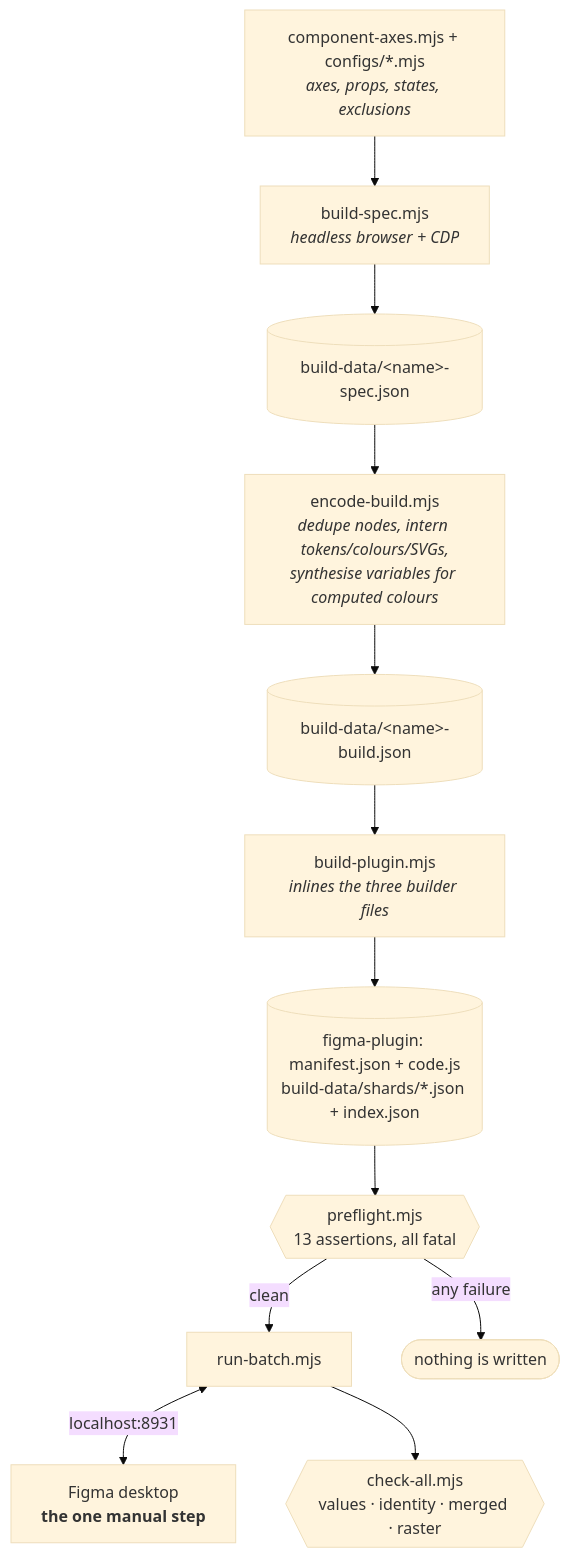
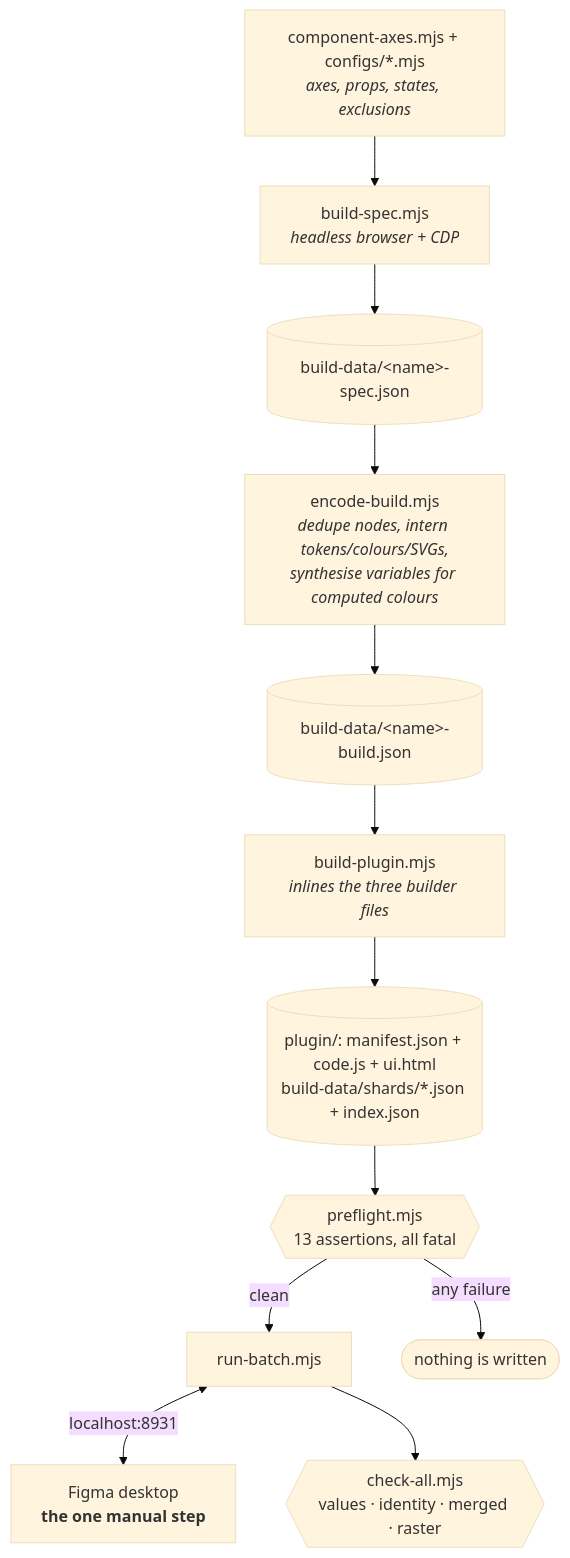
Before and after one commit to dialpad/dialtone: the second of 3 diagrams in packages/figma-components-sync/sync-scripts/README.md, drawn with Mermaid (base theme). The commit also changed other lines of this file and 15 other files, not shown here.

First line of the commit message:
feat(figma-components-sync): DLT-3579 give the plugin a UI panel, extend Button's axes

````diff
--- a/packages/figma-components-sync/sync-scripts/README.md
+++ b/packages/figma-components-sync/sync-scripts/README.md
@@ -91,20 +91,20 @@
 ```mermaid
 flowchart TD
     CFG["component-axes.mjs + configs/*.mjs<br/><i>axes, props, states, exclusions</i>"]
     SPEC["build-spec.mjs<br/><i>headless browser + CDP</i>"]
     SPECJSON[("build-data/&lt;name&gt;-spec.json")]
     ENC["encode-build.mjs<br/><i>dedupe nodes, intern tokens/colours/SVGs,<br/>synthesise variables for computed colours</i>"]
     ENCJSON[("build-data/&lt;name&gt;-build.json")]
     PLUG["build-plugin.mjs<br/><i>inlines the three builder files</i>"]
-    OUT[("figma-plugin: manifest.json + code.js<br/>build-data/shards/*.json + index.json")]
+    OUT[("plugin/: manifest.json + code.js + ui.html<br/>build-data/shards/*.json + index.json")]
     PRE{{"preflight.mjs<br/>13 assertions, all fatal"}}
     RUN["run-batch.mjs"]
     FIGMA["Figma desktop<br/><b>the one manual step</b>"]
     CHECK{{"check-all.mjs<br/>values · identity · merged · raster"}}
 
     CFG --> SPEC --> SPECJSON --> ENC --> ENCJSON --> PLUG --> OUT --> PRE
     PRE -->|clean| RUN
     PRE -->|any failure| STOP([nothing is written])
     RUN <-->|"localhost:8931"| FIGMA
     RUN --> CHECK
 ```
````
